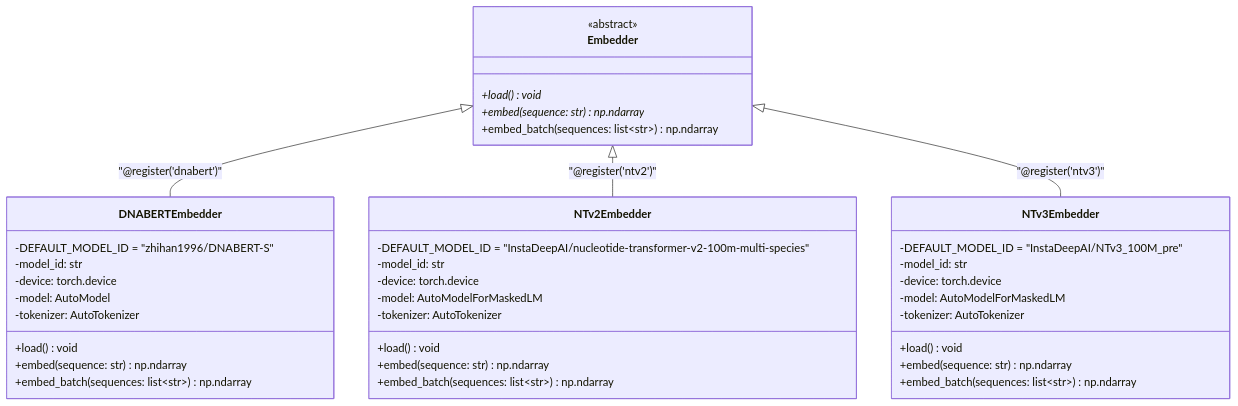
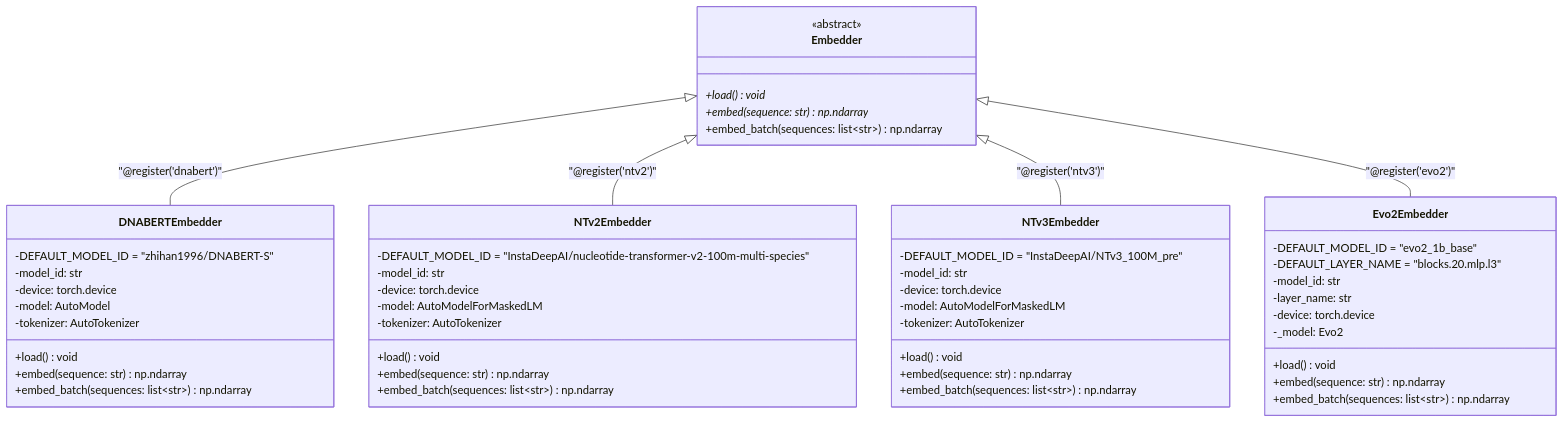
The first of 6 diagrams in doc/embedders.md (mikeleske/fasta-embed), drawn with Mermaid before and after one commit. The commit also changed other lines of this file and 3 other files, not shown here.

````diff
--- a/doc/embedders.md
+++ b/doc/embedders.md
@@ -15,46 +15,59 @@
 ```mermaid
 classDiagram
     class Embedder {
         <<abstract>>
         +load()* void
         +embed(sequence: str)* np.ndarray
         +embed_batch(sequences: list~str~) np.ndarray
     }
 
     class DNABERTEmbedder {
         -DEFAULT_MODEL_ID = "zhihan1996/DNABERT-S"
         -model_id: str
         -device: torch.device
         -model: AutoModel
         -tokenizer: AutoTokenizer
         +load() void
         +embed(sequence: str) np.ndarray
         +embed_batch(sequences: list~str~) np.ndarray
     }
 
     class NTv2Embedder {
         -DEFAULT_MODEL_ID = "InstaDeepAI/nucleotide-transformer-v2-100m-multi-species"
         -model_id: str
         -device: torch.device
         -model: AutoModelForMaskedLM
         -tokenizer: AutoTokenizer
         +load() void
         +embed(sequence: str) np.ndarray
         +embed_batch(sequences: list~str~) np.ndarray
     }
 
     class NTv3Embedder {
         -DEFAULT_MODEL_ID = "InstaDeepAI/NTv3_100M_pre"
         -model_id: str
         -device: torch.device
         -model: AutoModelForMaskedLM
         -tokenizer: AutoTokenizer
         +load() void
         +embed(sequence: str) np.ndarray
         +embed_batch(sequences: list~str~) np.ndarray
     }
 
+    class Evo2Embedder {
+        -DEFAULT_MODEL_ID = "evo2_1b_base"
+        -DEFAULT_LAYER_NAME = "blocks.20.mlp.l3"
+        -model_id: str
+        -layer_name: str
+        -device: torch.device
+        -_model: Evo2
+        +load() void
+        +embed(sequence: str) np.ndarray
+        +embed_batch(sequences: list~str~) np.ndarray
+    }
+
     Embedder <|-- DNABERTEmbedder : "@register('dnabert')"
     Embedder <|-- NTv2Embedder : "@register('ntv2')"
     Embedder <|-- NTv3Embedder : "@register('ntv3')"
+    Embedder <|-- Evo2Embedder : "@register('evo2')"
 ```
````
